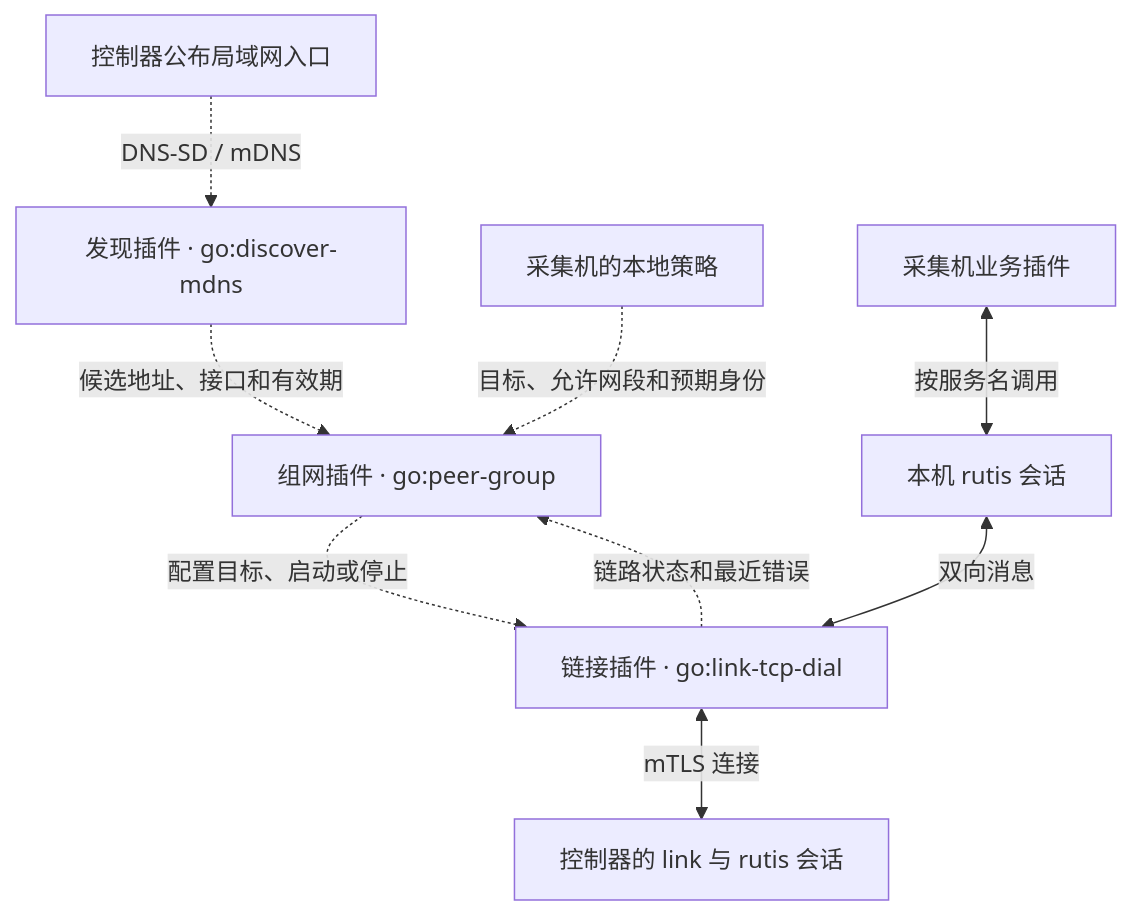
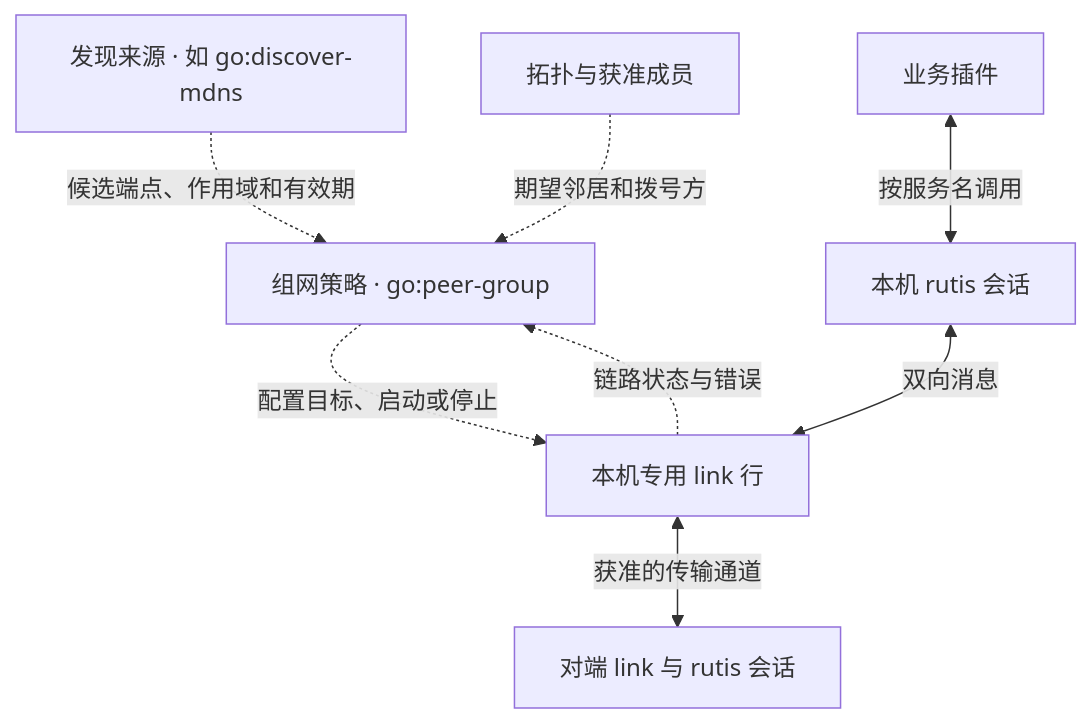
Before and after one commit to arcships/rutis-network: the second of 2 diagrams in docs/research/network-groups.md, drawn with Mermaid. The commit also changed other lines of this file and 1 other file, not shown here.

Commit message:
docs(research): explain discovery and link selection by topology

````diff
--- a/docs/research/network-groups.md
+++ b/docs/research/network-groups.md
@@ -88,11 +119,10 @@
 ```mermaid
 flowchart TB
-    advert["控制器公布局域网入口"] -. DNS-SD / mDNS .-> discovery["发现插件 · go:discover-mdns"]
-    discovery -. 候选地址、接口和有效期 .-> group["组网插件 · go:peer-group"]
-    policy["采集机的本地策略"] -. 目标、允许网段和预期身份 .-> group
-    group -. 配置目标、启动或停止 .-> link["链接插件 · go:link-tcp-dial"]
-    link -. 链路状态和最近错误 .-> group
-    app["采集机业务插件"] <-->|按服务名调用| session["本机 rutis 会话"]
-    session <-->|双向消息| link
-    link <-->|mTLS 连接| peer["控制器的 link 与 rutis 会话"]
+    discovery["发现来源 · 如 go:discover-mdns"] -. 候选端点、作用域和有效期 .-> group["组网策略 · go:peer-group"]
+    topology["拓扑与获准成员"] -. 期望邻居和拨号方 .-> group
+    group -. 配置目标、启动或停止 .-> link["本机专用 link 行"]
+    link -. 链路状态与错误 .-> group
+    app["业务插件"] <-->|按服务名调用| session
+    session["本机 rutis 会话"] <-->|双向消息| link
+    link <-->|获准的传输通道| peer["对端 link 与 rutis 会话"]
 ```
````
